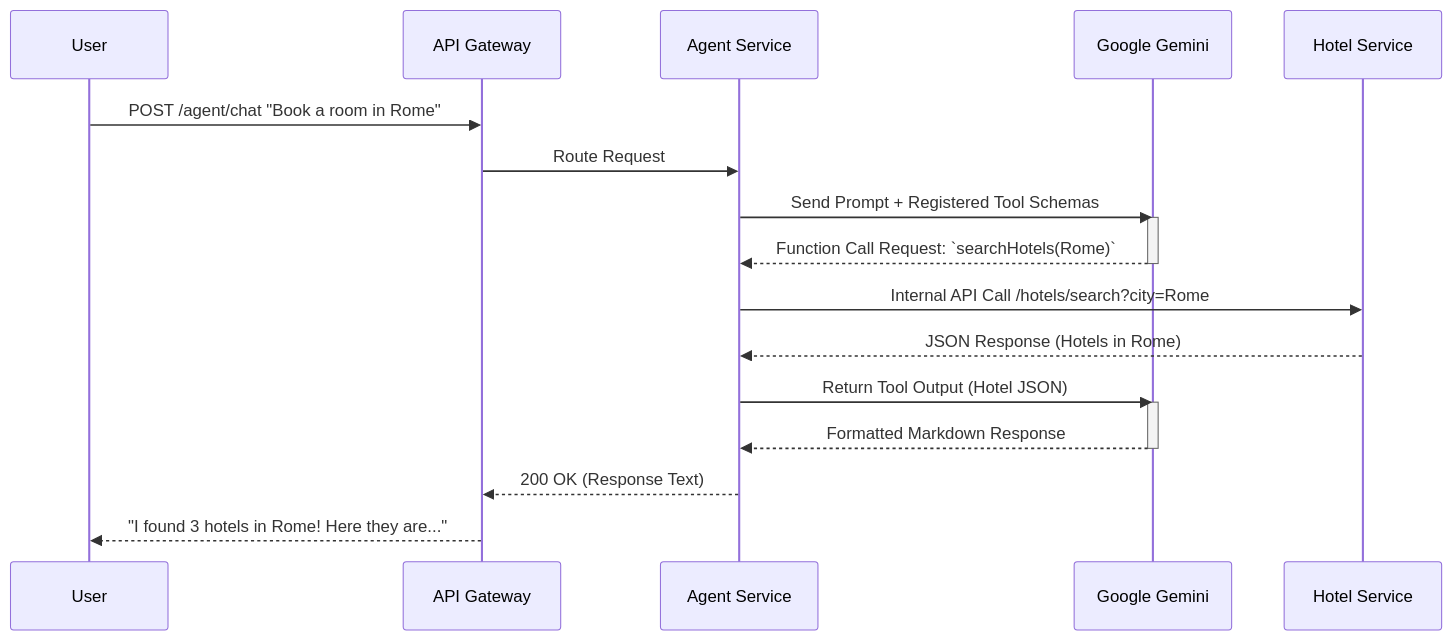
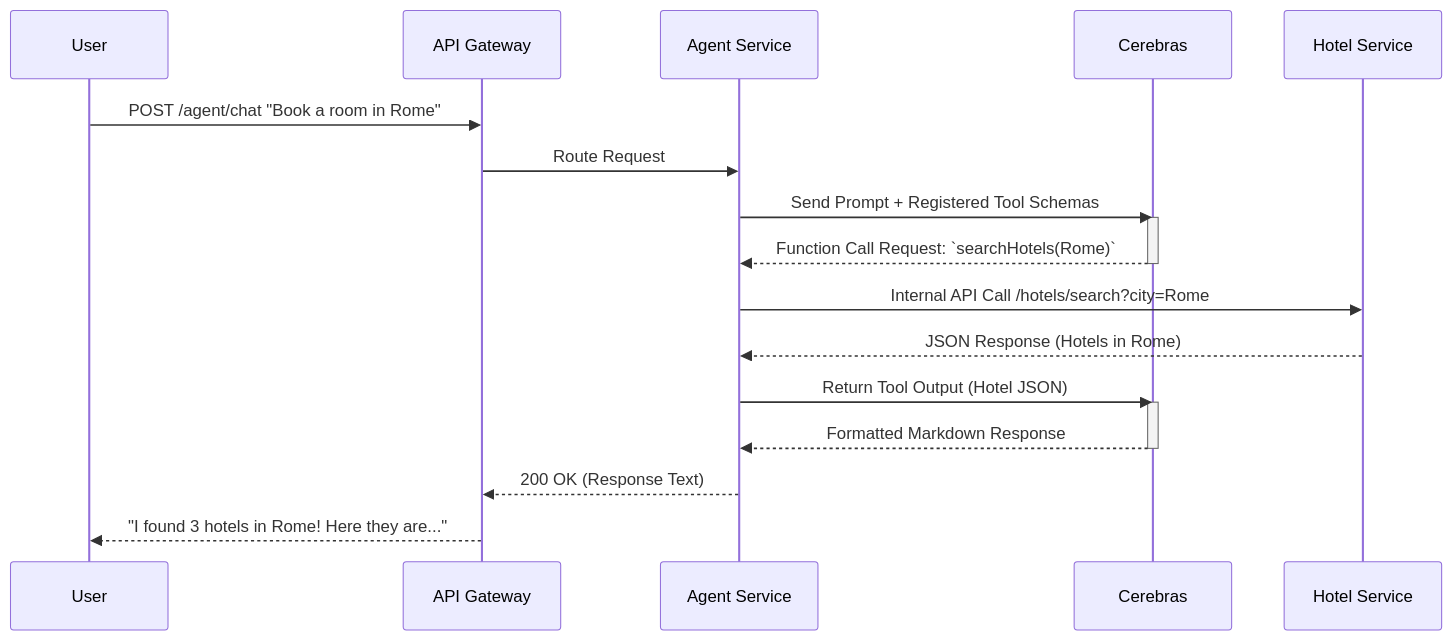
The third of 4 diagrams in README.md (memdo/hotello), drawn with Mermaid before and after one commit. The commit also changed other lines of this file, not shown here.

````diff
--- a/README.md
+++ b/README.md
@@ -164,28 +164,28 @@
 ```mermaid
 sequenceDiagram
     participant User
     participant Gateway as API Gateway
     participant Agent as Agent Service
-    participant LLM as Google Gemini
+    participant LLM as Cerebras
     participant Hotel as Hotel Service
 
     User->>Gateway: POST /agent/chat "Book a room in Rome"
     Gateway->>Agent: Route Request
     Agent->>LLM: Send Prompt + Registered Tool Schemas
     
     activate LLM
     LLM-->>Agent: Function Call Request: `searchHotels(Rome)`
     deactivate LLM
     
     Agent->>Hotel: Internal API Call /hotels/search?city=Rome
     Hotel-->>Agent: JSON Response (Hotels in Rome)
     
     Agent->>LLM: Return Tool Output (Hotel JSON)
     
     activate LLM
     LLM-->>Agent: Formatted Markdown Response
     deactivate LLM
     
     Agent-->>Gateway: 200 OK (Response Text)
     Gateway-->>User: "I found 3 hotels in Rome! Here they are..."
 ```
````
